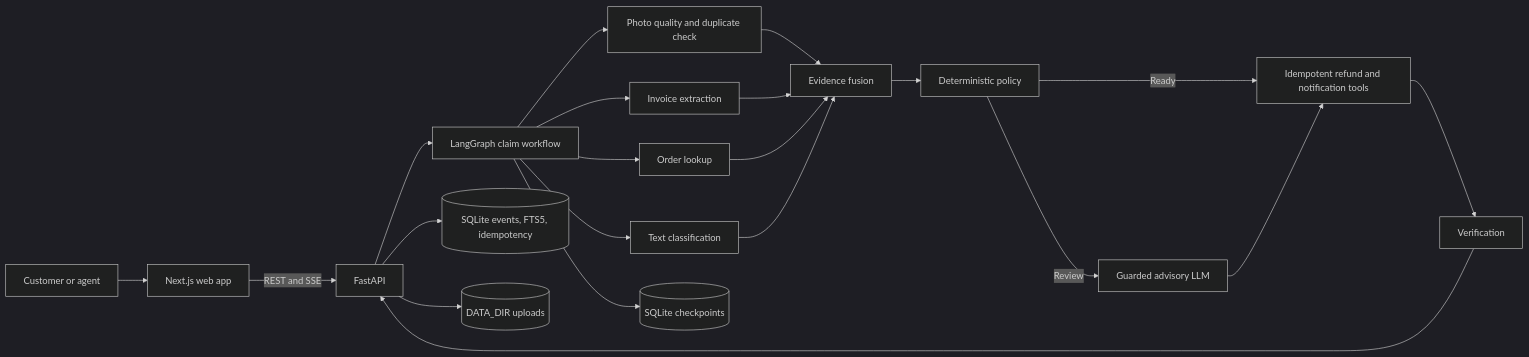
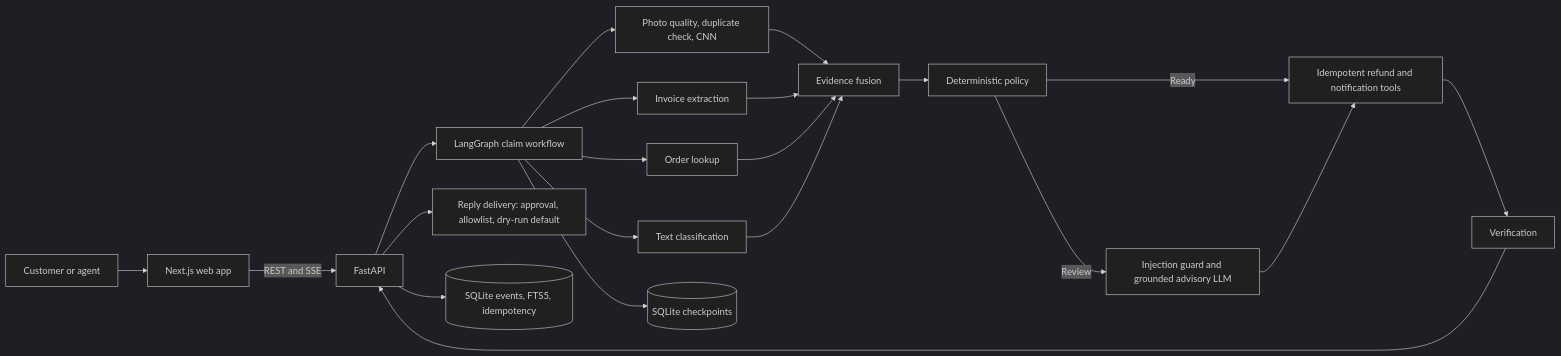
Before and after one commit to lakshaysharmaug22-crypto/Nyaya-Evidence-Grounded-Multimodal-Claim-Resolution-Agent: the first of 2 diagrams in README.md, drawn with Mermaid (dark theme). The commit also changed other lines of this file and 1 other file, not shown here.

Commit message:
Rewrite README with honest status, results by data source, deploy and eval guides

````diff
--- a/README.md
+++ b/README.md
@@ -24,23 +27,23 @@
 ```mermaid
 flowchart LR
     C[Customer or agent] --> W[Next.js web app]
     W -->|REST and SSE| A[FastAPI]
     A --> G[LangGraph claim workflow]
-    G --> P[Photo quality and duplicate check]
+    G --> P[Photo quality, duplicate check, CNN]
     G --> I[Invoice extraction]
     G --> O[Order lookup]
     G --> T[Text classification]
     P --> F[Evidence fusion]
     I --> F
     O --> F
     T --> F
     F --> D[Deterministic policy]
     D -->|Ready| X[Idempotent refund and notification tools]
-    D -->|Review| L[Guarded advisory LLM]
+    D -->|Review| L[Injection guard and grounded advisory LLM]
     L --> X
     X --> V[Verification]
     V --> A
+    A --> R[Reply delivery: approval, allowlist, dry-run default]
     G --> S[(SQLite checkpoints)]
-    A --> R[(SQLite events, FTS5, idempotency)]
-    A --> B[(DATA_DIR uploads)]
+    A --> Q[(SQLite events, FTS5, idempotency)]
 ```
````
